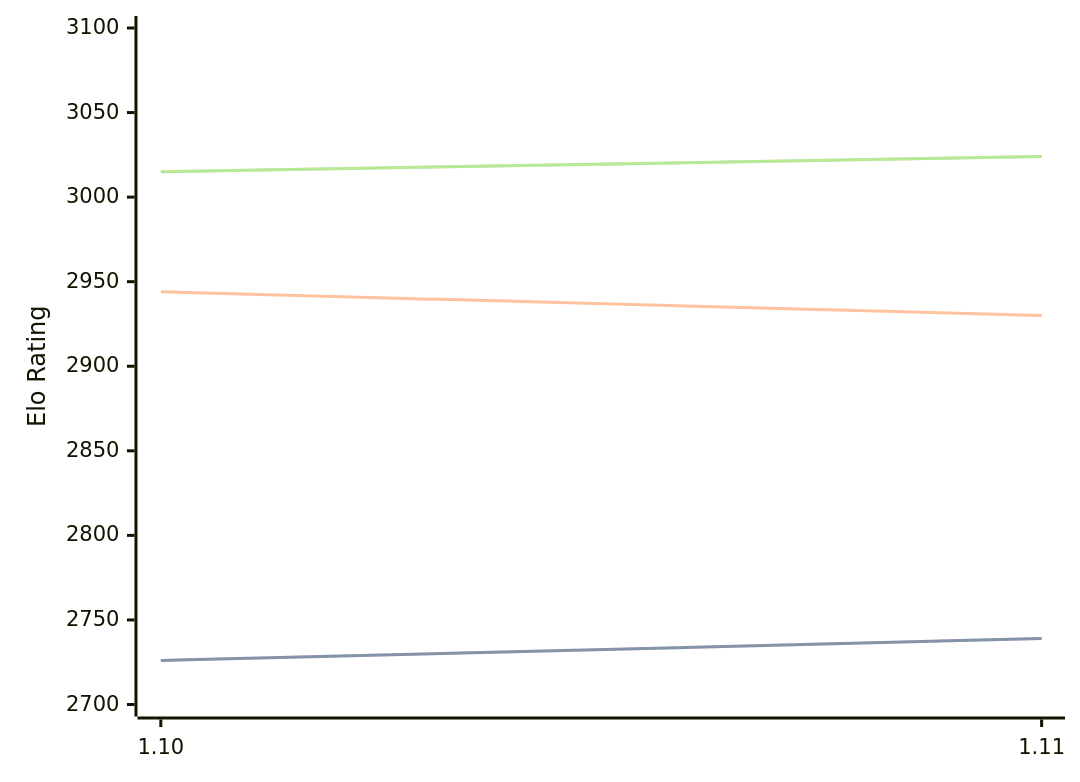
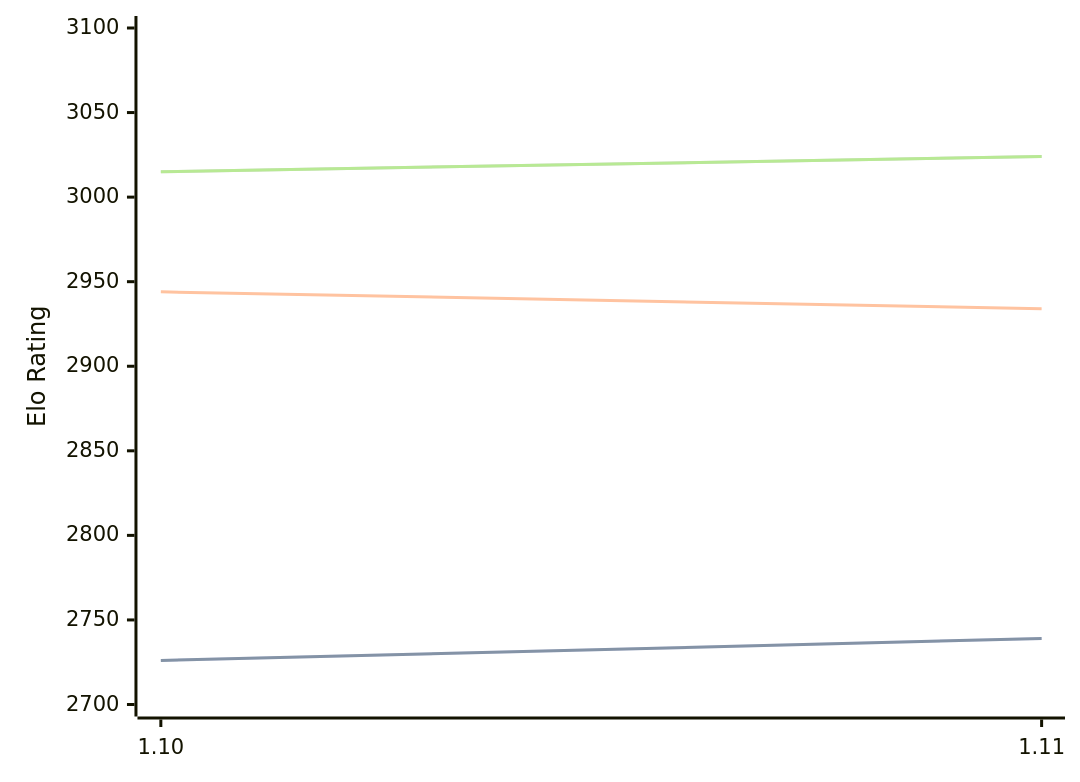
Before and after one commit to computer-chess-index/cci: the first of 3 diagrams in engines/Roc.md, drawn with Mermaid. The commit also changed other lines of this file, not shown here.

````diff
--- a/engines/Roc.md
+++ b/engines/Roc.md
@@ -65,11 +65,11 @@
 ```mermaid
 %%{init: {"theme":"base","themeVariables":{"seriesColors:['#a3a3a3','#222221','#faa371']}}}%%
 xychart-beta
   x-axis ["1.10", "1.11"]
   y-axis "Elo Rating" 2700 --> 3100
   line "STC (8.0+0.08s)" [2726, 2739]
   line "STC (8.0+0.08s)" [2726, 2739]
-  line "LTC (60.0+0.60s)" [2944, 2930]
+  line "LTC (60.0+0.60s)" [2944, 2934]
   line "VLTC (2m24s+1.12s)" [3015, 3024]
   line "VLTC (2m24s+1.12s)" [3015, 3024]
 ```
````
